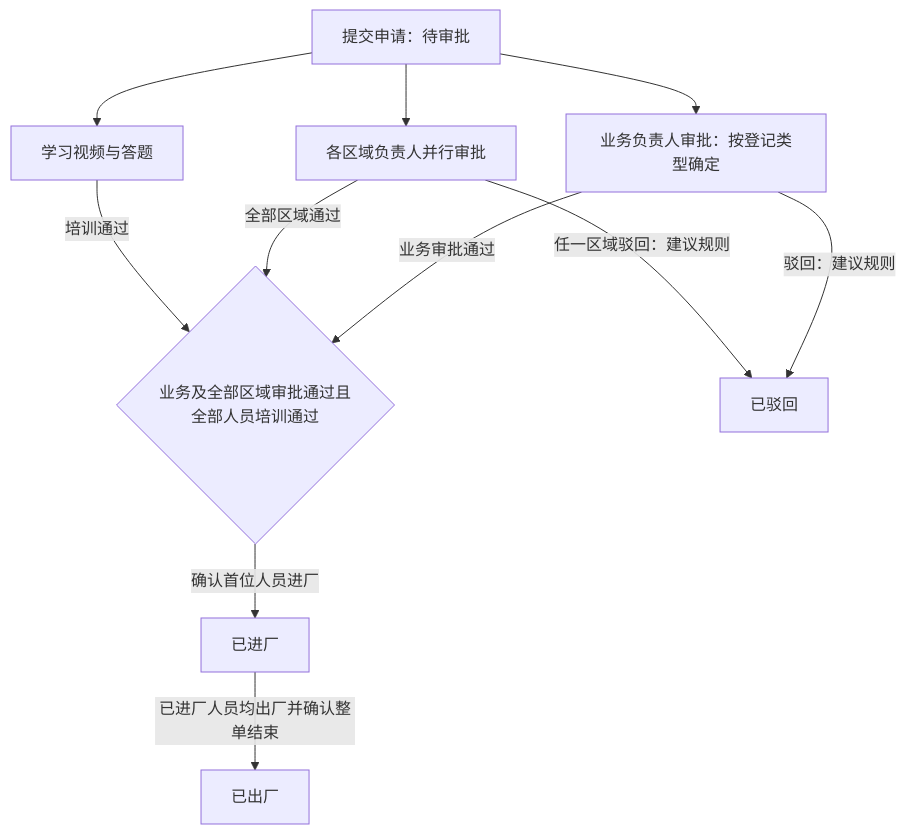
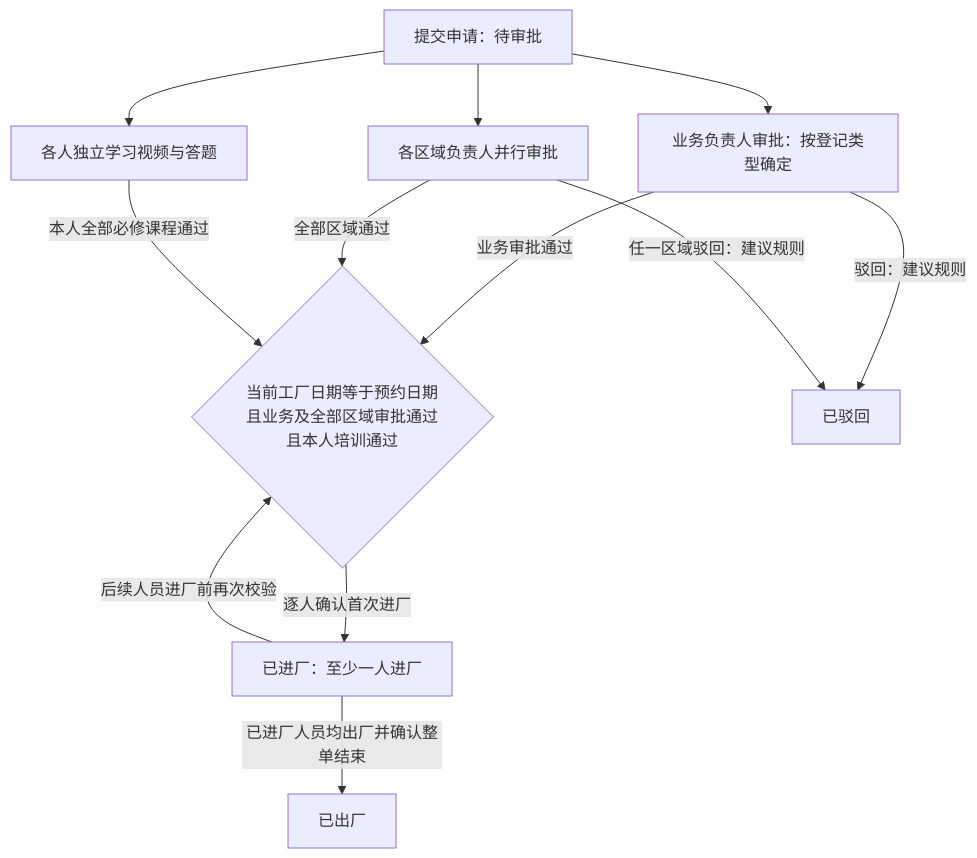
Before and after one commit to neozhu/visit-traning-client: the first of 2 diagrams in doc/VisitSafe-Backend-SPEC.md, drawn with Mermaid. The commit also changed other lines of this file, not shown here.

````diff
--- a/doc/VisitSafe-Backend-SPEC.md
+++ b/doc/VisitSafe-Backend-SPEC.md
@@ -157,13 +167,14 @@
 ```mermaid
 flowchart TB
     Submitted[提交申请：待审批] --> BusinessReview[业务负责人审批：按登记类型确定]
     Submitted --> AreaReview[各区域负责人并行审批]
-    Submitted --> Training[学习视频与答题]
-    BusinessReview -->|业务审批通过| Gate{业务及全部区域审批通过且全部人员培训通过}
+    Submitted --> Training[各人独立学习视频与答题]
+    BusinessReview -->|业务审批通过| Gate{当前工厂日期等于预约日期且业务及全部区域审批通过且本人培训通过}
     AreaReview -->|全部区域通过| Gate
-    Training -->|培训通过| Gate
+    Training -->|本人全部必修课程通过| Gate
     BusinessReview -->|驳回：建议规则| Rejected[已驳回]
     AreaReview -->|任一区域驳回：建议规则| Rejected
-    Gate -->|确认首位人员进厂| CheckedIn[已进厂]
+    Gate -->|逐人确认首次进厂| CheckedIn[已进厂：至少一人进厂]
+    CheckedIn -->|后续人员进厂前再次校验| Gate
     CheckedIn -->|已进厂人员均出厂并确认整单结束| CheckedOut[已出厂]
 ```
````
